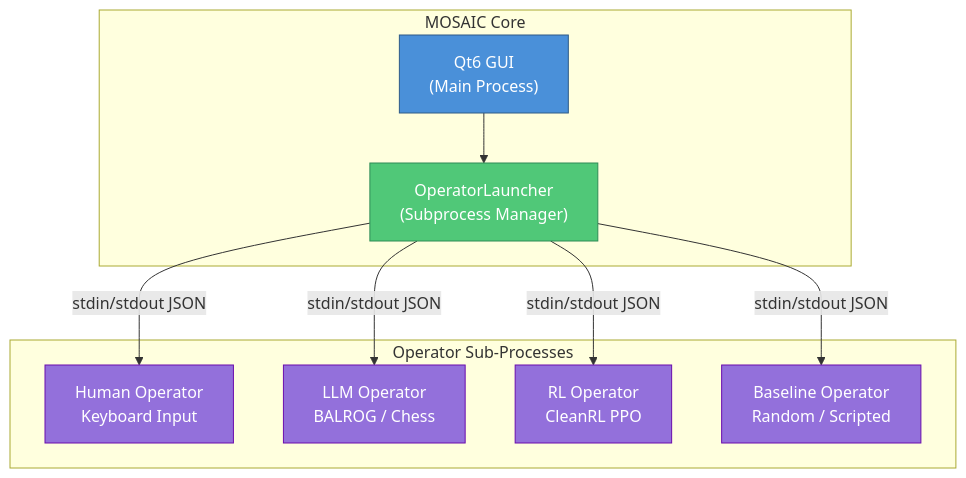
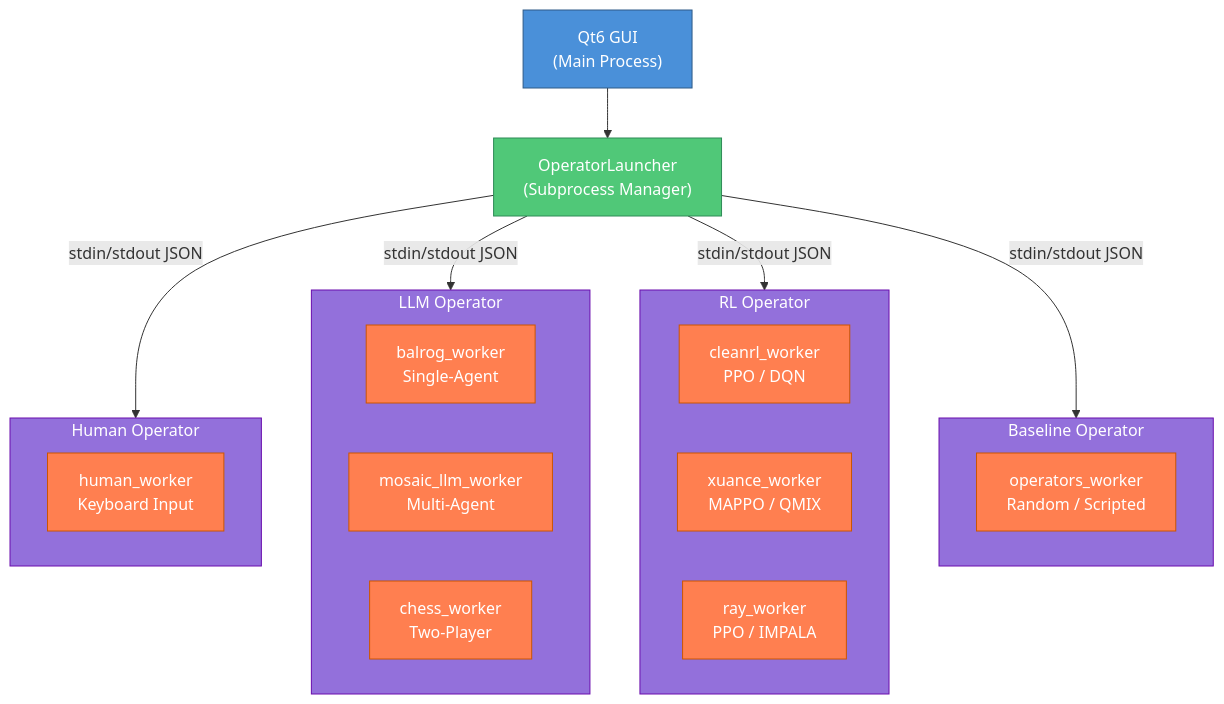
The diagram in docs/source/documents/architecture/operators/index.rst (Abdulhamid97Mousa/mosaic), drawn with Mermaid before and after one commit. The commit also changed other lines of this file and 21 other files, not shown here.

First line of the commit message:
docs: restructure operators, workers, human control, and common errors sections

```diff
--- a/docs/source/documents/architecture/operators/index.rst
+++ b/docs/source/documents/architecture/operators/index.rst
@@ -10,27 +14,47 @@
 .. mermaid::
 
    graph TB
-       subgraph "MOSAIC Core"
-           GUI["Qt6 GUI<br/>(Main Process)"]
-           LAUNCHER["OperatorLauncher<br/>(Subprocess Manager)"]
+       GUI["Qt6 GUI<br/>(Main Process)"]
+       LAUNCHER["OperatorLauncher<br/>(Subprocess Manager)"]
+
+       GUI --> LAUNCHER
+
+       LAUNCHER -- "stdin/stdout JSON" --> H_OP
+       LAUNCHER -- "stdin/stdout JSON" --> L_OP
+       LAUNCHER -- "stdin/stdout JSON" --> R_OP
+       LAUNCHER -- "stdin/stdout JSON" --> B_OP
+
+       subgraph H_OP["Human Operator"]
+           HW["human_worker<br/>Keyboard Input"]
        end
 
-       subgraph "Operator Sub-Processes"
-           O1["Human Operator<br/>Keyboard Input"]
-           O2["LLM Operator<br/>BALROG / Chess"]
-           O3["RL Operator<br/>CleanRL PPO"]
-           O4["Baseline Operator<br/>Random / Scripted"]
+       subgraph L_OP["LLM Operator"]
+           LW1["balrog_worker<br/>Single-Agent"]
+           LW2["mosaic_llm_worker<br/>Multi-Agent"]
+           LW3["chess_worker<br/>Two-Player"]
        end
 
-       GUI --> LAUNCHER
-       LAUNCHER -- "stdin/stdout JSON" --> O1
-       LAUNCHER -- "stdin/stdout JSON" --> O2
-       LAUNCHER -- "stdin/stdout JSON" --> O3
-       LAUNCHER -- "stdin/stdout JSON" --> O4
+       subgraph R_OP["RL Operator"]
+           RW1["cleanrl_worker<br/>PPO / DQN"]
+           RW2["xuance_worker<br/>MAPPO / QMIX"]
+           RW3["ray_worker<br/>PPO / IMPALA"]
+       end
+
+       subgraph B_OP["Baseline Operator"]
+           BW["operators_worker<br/>Random / Scripted"]
+       end
 
        style GUI fill:#4a90d9,stroke:#2e5a87,color:#fff
        style LAUNCHER fill:#50c878,stroke:#2e8b57,color:#fff
-       style O1 fill:#9370db,stroke:#6a0dad,color:#fff
-       style O2 fill:#9370db,stroke:#6a0dad,color:#fff
-       style O3 fill:#9370db,stroke:#6a0dad,color:#fff
-       style O4 fill:#9370db,stroke:#6a0dad,color:#fff
+       style H_OP fill:#9370db,stroke:#6a0dad,color:#fff
+       style L_OP fill:#9370db,stroke:#6a0dad,color:#fff
+       style R_OP fill:#9370db,stroke:#6a0dad,color:#fff
+       style B_OP fill:#9370db,stroke:#6a0dad,color:#fff
+       style HW fill:#ff7f50,stroke:#cc5500,color:#fff
+       style LW1 fill:#ff7f50,stroke:#cc5500,color:#fff
+       style LW2 fill:#ff7f50,stroke:#cc5500,color:#fff
+       style LW3 fill:#ff7f50,stroke:#cc5500,color:#fff
+       style RW1 fill:#ff7f50,stroke:#cc5500,color:#fff
+       style RW2 fill:#ff7f50,stroke:#cc5500,color:#fff
+       style RW3 fill:#ff7f50,stroke:#cc5500,color:#fff
+       style BW fill:#ff7f50,stroke:#cc5500,color:#fff
```
